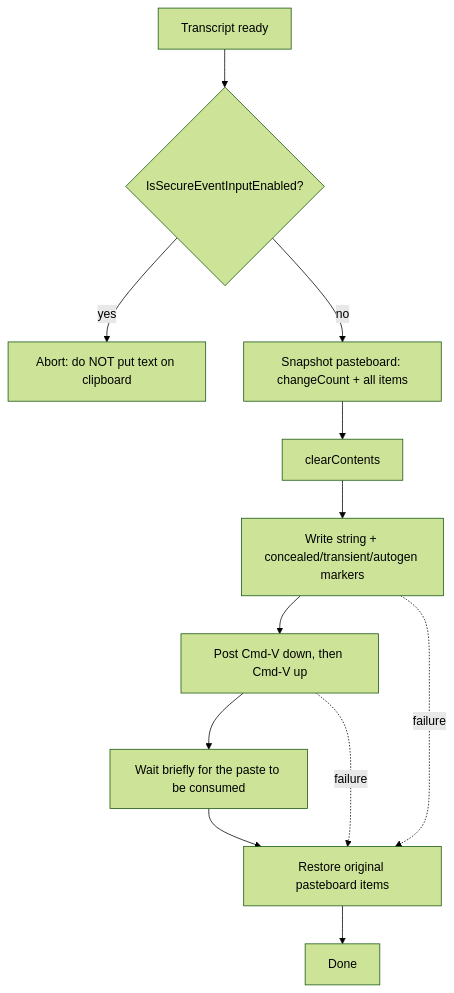
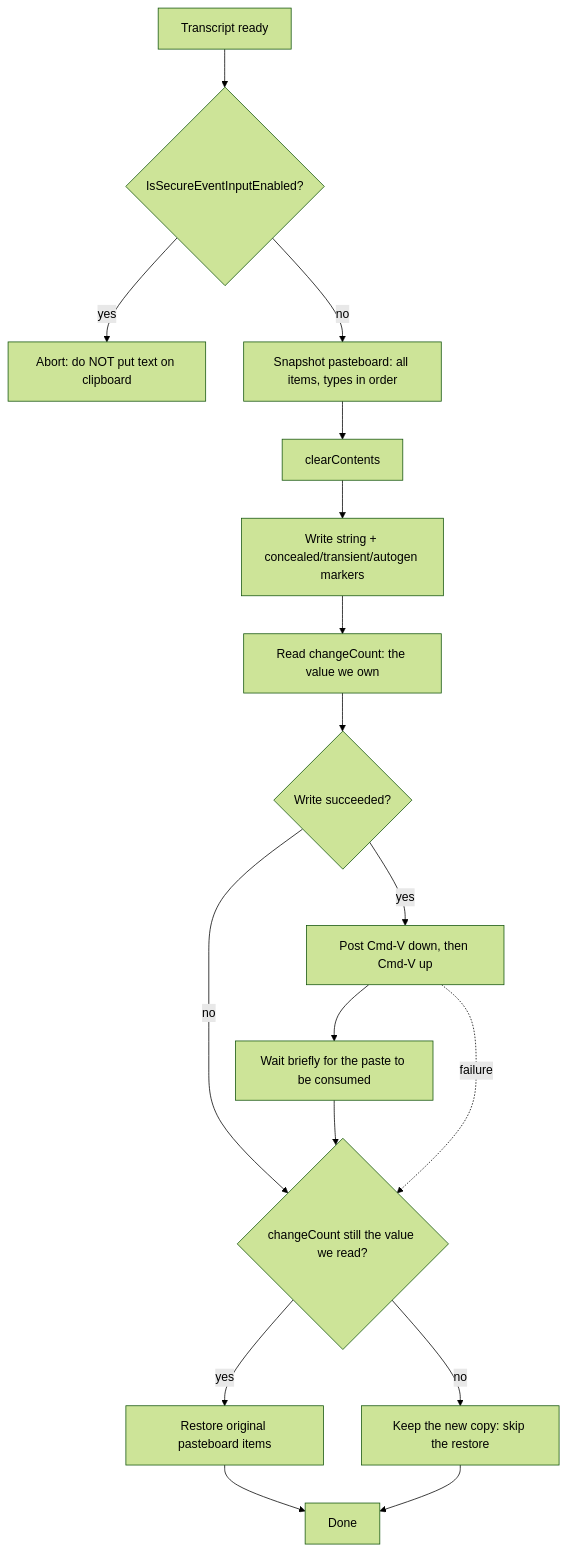
One commit to Akurganow/slovo changed the diagram in docs/references/text-injection.md. Above: the diagram before and after it, drawn with Mermaid (forest theme). The commit also changed other lines of this file and 7 other files, not shown here.

First line of the commit message:
fix: keep a clipboard copy made right after a dictation, and refuse a paste the clipboard did not take

````diff
--- a/docs/references/text-injection.md
+++ b/docs/references/text-injection.md
@@ -35,14 +35,19 @@
 ```mermaid
 flowchart TD
     A[Transcript ready] --> B{IsSecureEventInputEnabled?}
     B -- yes --> X[Abort: do NOT put text on clipboard]
-    B -- no --> C[Snapshot pasteboard: changeCount + all items]
+    B -- no --> C[Snapshot pasteboard: all items, types in order]
     C --> D[clearContents]
     D --> E[Write string + concealed/transient/autogen markers]
-    E --> F[Post Cmd-V down, then Cmd-V up]
+    E --> R[Read changeCount: the value we own]
+    R --> W{Write succeeded?}
+    W -- no --> K
+    W -- yes --> F[Post Cmd-V down, then Cmd-V up]
     F --> G[Wait briefly for the paste to be consumed]
-    G --> H[Restore original pasteboard items]
+    G --> K{changeCount still the value we read?}
+    K -- yes --> H[Restore original pasteboard items]
+    K -- no --> Y[Keep the new copy: skip the restore]
     H --> I[Done]
-    F -. failure .-> H
-    E -. failure .-> H
+    Y --> I
+    F -. failure .-> K
 ```
````
